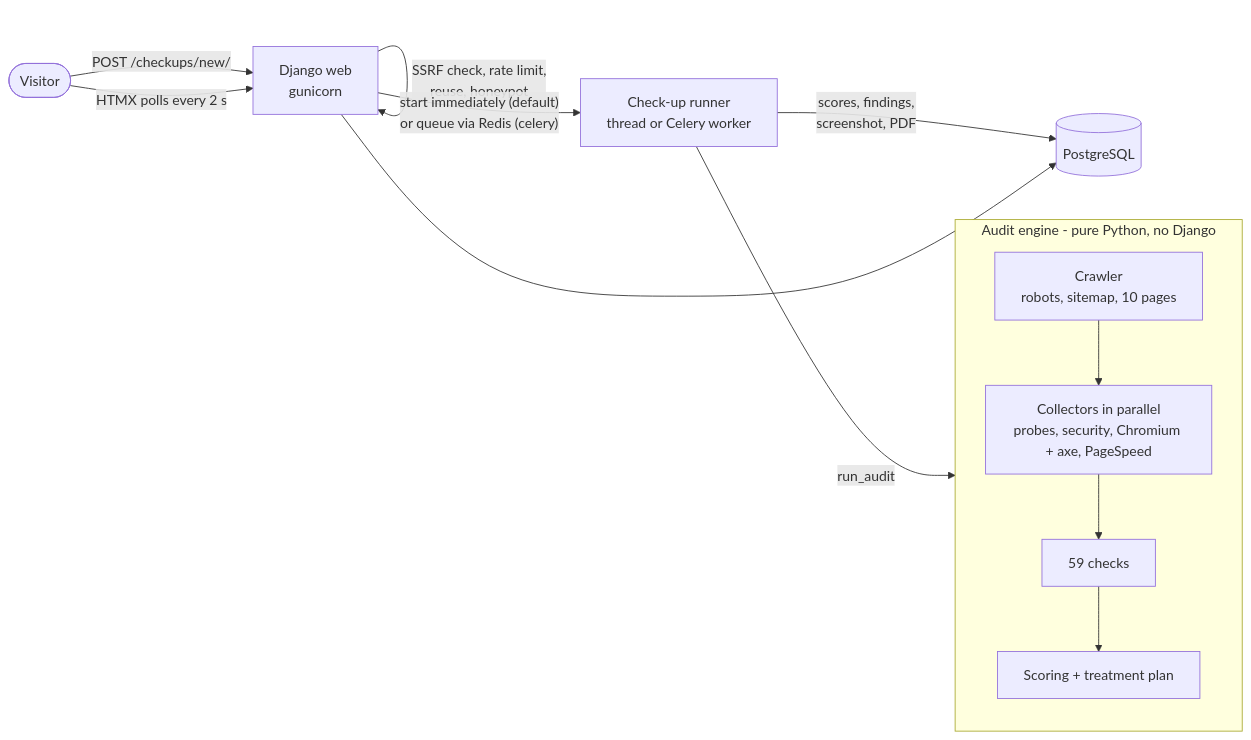
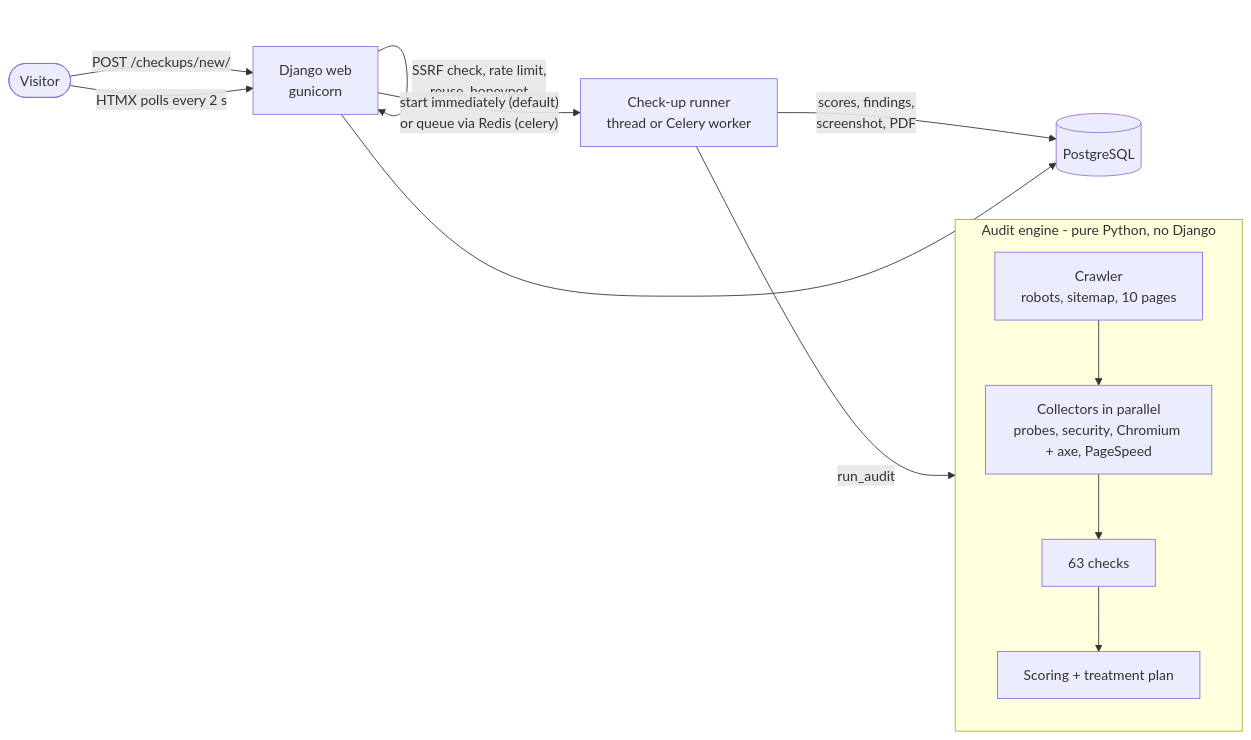
The diagram in README.md (rdhafiz/bizzcheckup), drawn with Mermaid before and after one commit. The commit also changed other lines of this file and 6 other files, not shown here.

````diff
--- a/README.md
+++ b/README.md
@@ -56,18 +56,18 @@
 ```mermaid
 flowchart LR
     V([Visitor]) -->|POST /checkups/new/| W[Django web<br/>gunicorn]
     W -->|SSRF check, rate limit,<br/>reuse, honeypot| W
     W -->|"start immediately (default)<br/>or queue via Redis (celery)"| K[Check-up runner<br/>thread or Celery worker]
     K -->|run_audit| E
 
     subgraph E [Audit engine - pure Python, no Django]
       direction TB
       C[Crawler<br/>robots, sitemap, 10 pages] --> X
-      X[Collectors in parallel<br/>probes, security, Chromium + axe, PageSpeed] --> CH[59 checks]
+      X[Collectors in parallel<br/>probes, security, Chromium + axe, PageSpeed] --> CH[63 checks]
       CH --> S[Scoring + treatment plan]
     end
 
     K -->|scores, findings,<br/>screenshot, PDF| P[(PostgreSQL)]
     V -->|HTMX polls every 2 s| W
     W --> P
 ```
````
